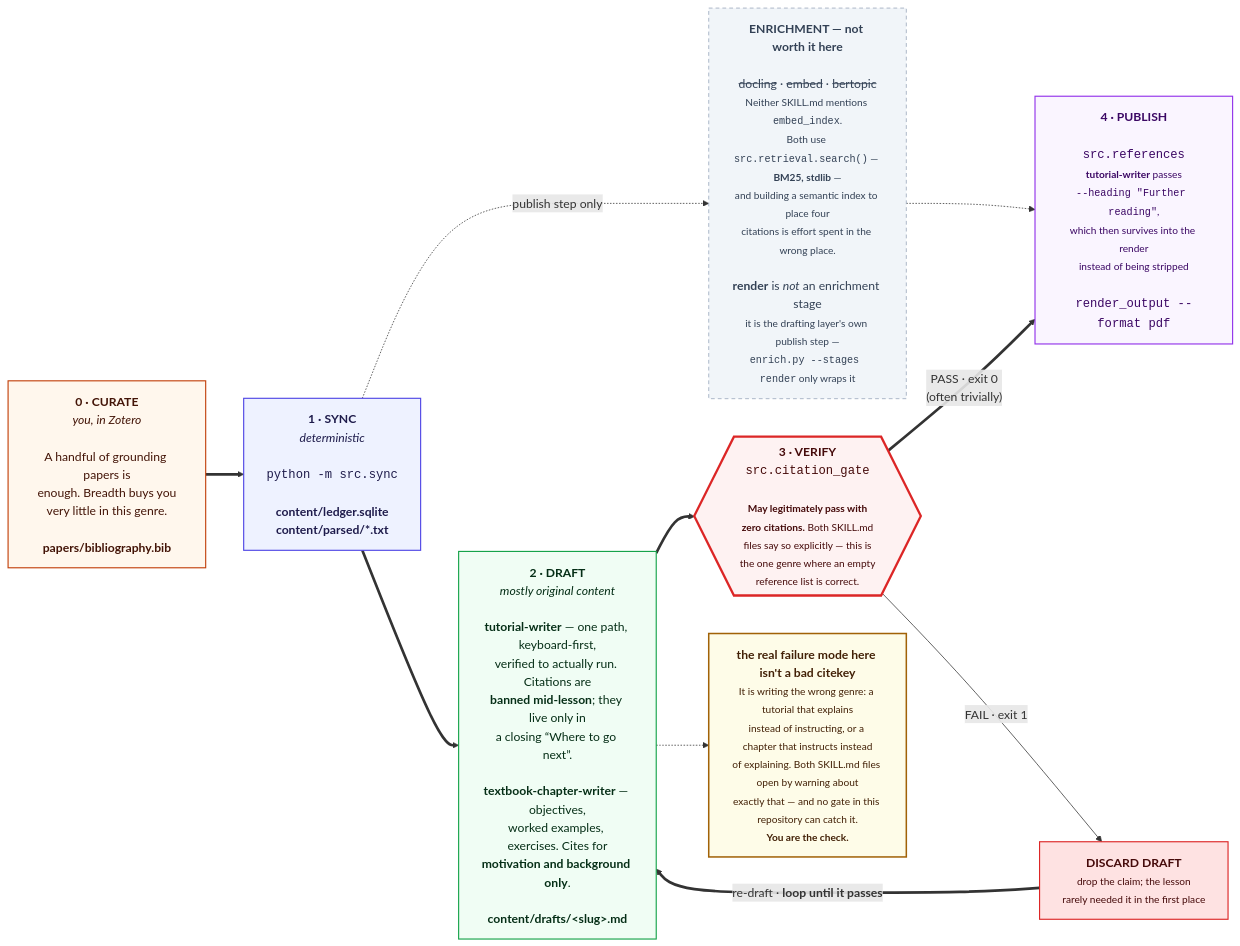
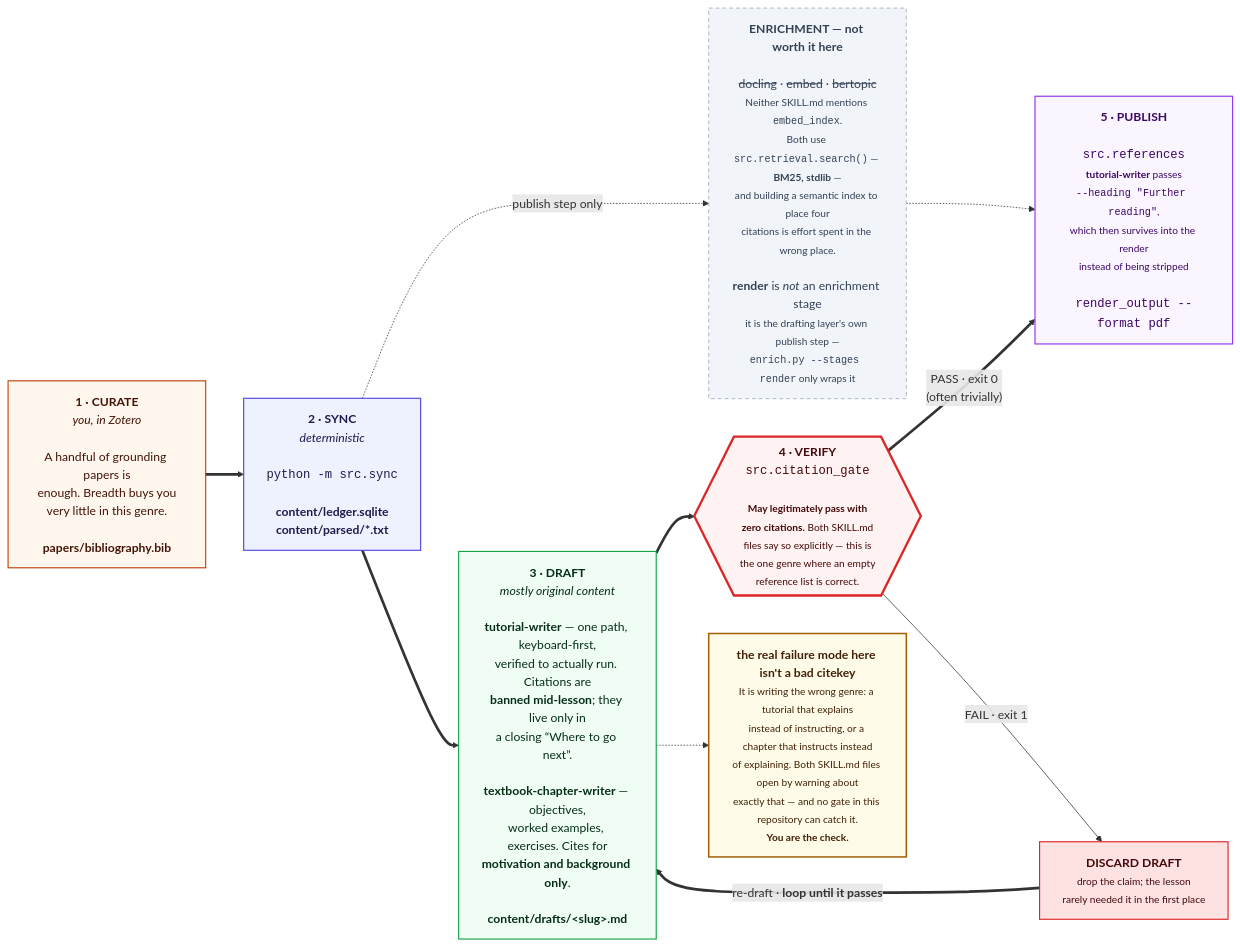
The eighth of 11 diagrams in docs/DIAGRAMS.md (prasadtalasila/chitragupta), drawn with Mermaid before and after one commit. The commit also changed other lines of this file and 11 other files, not shown here.

````diff
--- a/docs/DIAGRAMS.md
+++ b/docs/DIAGRAMS.md
@@ -706,45 +706,45 @@
 ```mermaid
 flowchart LR
 
-  P0["<b>0 · CURATE</b><br/><i>you, in Zotero</i><br/><br/>A handful of grounding papers is<br/>enough. Breadth buys you<br/>very little in this genre.<br/><br/><b>papers/bibliography.bib</b>"]
+  P0["<b>1 · CURATE</b><br/><i>you, in Zotero</i><br/><br/>A handful of grounding papers is<br/>enough. Breadth buys you<br/>very little in this genre.<br/><br/><b>papers/bibliography.bib</b>"]
 
-  P1["<b>1 · SYNC</b><br/><i>deterministic</i><br/><br/><code>python -m src.sync</code><br/><br/><b>content/ledger.sqlite</b><br/><b>content/parsed/*.txt</b>"]
+  P1["<b>2 · SYNC</b><br/><i>deterministic</i><br/><br/><code>python -m src.sync</code><br/><br/><b>content/ledger.sqlite</b><br/><b>content/parsed/*.txt</b>"]
 
   HEAVY["<b>ENRICHMENT — not worth it here</b><br/><br/><s>docling</s> · <s>embed</s> · <s>bertopic</s><br/><small>Neither SKILL.md mentions <code>embed_index</code>.<br/>Both use <code>src.retrieval.search()</code> — <b>BM25, stdlib</b> —<br/>and building a semantic index to place four<br/>citations is effort spent in the wrong place.</small><br/><br/><b>render</b> is <i>not</i> an enrichment stage<br/><small>it is the drafting layer's own publish step —<br/><code>enrich.py --stages render</code> only wraps it</small>"]
 
-  P2["<b>2 · DRAFT</b><br/><i>mostly original content</i><br/><br/><b>tutorial-writer</b> — one path, keyboard-first,<br/>verified to actually run. Citations are<br/><b>banned mid-lesson</b>; they live only in<br/>a closing “Where to go next”.<br/><br/><b>textbook-chapter-writer</b> — objectives,<br/>worked examples, exercises. Cites for<br/><b>motivation and background only</b>.<br/><br/><b>content/drafts/&lt;slug&gt;.md</b>"]
+  P2["<b>3 · DRAFT</b><br/><i>mostly original content</i><br/><br/><b>tutorial-writer</b> — one path, keyboard-first,<br/>verified to actually run. Citations are<br/><b>banned mid-lesson</b>; they live only in<br/>a closing “Where to go next”.<br/><br/><b>textbook-chapter-writer</b> — objectives,<br/>worked examples, exercises. Cites for<br/><b>motivation and background only</b>.<br/><br/><b>content/drafts/&lt;slug&gt;.md</b>"]
 
-  P3{{"<b>3 · VERIFY</b><br/><code>src.citation_gate</code><br/><br/><small><b>May legitimately pass with<br/>zero citations.</b> Both SKILL.md<br/>files say so explicitly — this is<br/>the one genre where an empty<br/>reference list is correct.</small>"}}
+  P3{{"<b>4 · VERIFY</b><br/><code>src.citation_gate</code><br/><br/><small><b>May legitimately pass with<br/>zero citations.</b> Both SKILL.md<br/>files say so explicitly — this is<br/>the one genre where an empty<br/>reference list is correct.</small>"}}
 
   FIX["<b>DISCARD DRAFT</b><br/><small>drop the claim; the lesson<br/>rarely needed it in the first place</small>"]
 
-  P4["<b>4 · PUBLISH</b><br/><br/><code>src.references</code><br/><small><b>tutorial-writer</b> passes<br/><code>--heading &quot;Further reading&quot;</code>,<br/>which then survives into the render<br/>instead of being stripped</small><br/><br/><code>render_output --format pdf</code>"]
+  P4["<b>5 · PUBLISH</b><br/><br/><code>src.references</code><br/><small><b>tutorial-writer</b> passes<br/><code>--heading &quot;Further reading&quot;</code>,<br/>which then survives into the render<br/>instead of being stripped</small><br/><br/><code>render_output --format pdf</code>"]
 
   RISK["<b>the real failure mode here isn't a bad citekey</b><br/><small>It is writing the wrong genre: a tutorial that explains<br/>instead of instructing, or a chapter that instructs instead<br/>of explaining. Both SKILL.md files open by warning about<br/>exactly that — and no gate in this repository can catch it.<br/><b>You are the check.</b></small>"]
 
   P0 ==> P1 ==> P2 ==> P3
   P1 -. "publish step only" .-> HEAVY
   HEAVY -.-> P4
   P3 == "PASS · exit 0<br/>(often trivially)" ==> P4
   P3 -- "FAIL · exit 1" --> FIX
   FIX == "re-draft · <b>loop until it passes</b>" ==> P2
   P2 -.-> RISK
 
   classDef you fill:#fff7ed,stroke:#c2410c,stroke-width:1.5px,color:#431407
   classDef det fill:#eef2ff,stroke:#4f46e5,stroke-width:1.5px,color:#1e1b4b
   classDef gen fill:#f0fdf4,stroke:#16a34a,stroke-width:1.5px,color:#052e16
   classDef gate fill:#fef2f2,stroke:#dc2626,stroke-width:3px,color:#450a0a
   classDef out fill:#faf5ff,stroke:#9333ea,stroke-width:1.5px,color:#3b0764
   classDef bad fill:#fee2e2,stroke:#dc2626,stroke-width:1.5px,color:#450a0a
   classDef off fill:#f1f5f9,stroke:#94a3b8,stroke-dasharray:5 4,color:#334155
   classDef risk fill:#fefce8,stroke:#a16207,stroke-width:2px,color:#422006
 
   class P0 you
   class P1 det
   class P2 gen
   class P3 gate
   class P4 out
   class FIX bad
   class HEAVY off
   class RISK risk
 ```
````
